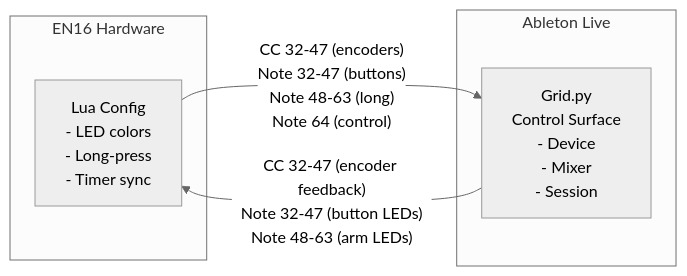
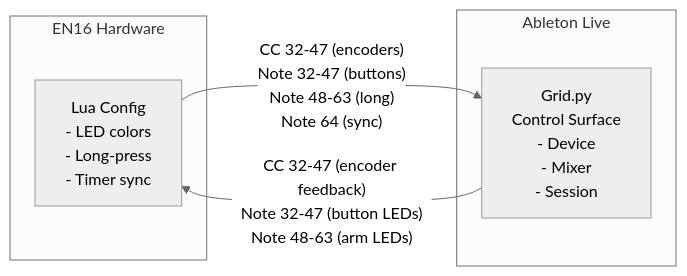
One commit to jamhed/intech-grid-en16 changed the diagram in docs/control-surface.md. Above: the diagram before and after it, drawn with Mermaid (neutral theme). The commit also changed other lines of this file and 2 other files, not shown here.

Commit message:
Rename Control Button to Sync Signal
Note 64 is a virtual sync signal sent by timer, not a physical button.

````diff
--- a/docs/control-surface.md
+++ b/docs/control-surface.md
@@ -473,13 +473,13 @@
 ```mermaid
 flowchart LR
     subgraph EN16["EN16 Hardware"]
         Lua["Lua Config<br/>- LED colors<br/>- Long-press<br/>- Timer sync"]
     end
 
     subgraph Ableton["Ableton Live"]
         Grid["Grid.py<br/>Control Surface<br/>- Device<br/>- Mixer<br/>- Session"]
     end
 
-    Lua -->|"CC 32-47 (encoders)<br/>Note 32-47 (buttons)<br/>Note 48-63 (long)<br/>Note 64 (control)"| Grid
+    Lua -->|"CC 32-47 (encoders)<br/>Note 32-47 (buttons)<br/>Note 48-63 (long)<br/>Note 64 (sync)"| Grid
     Grid -->|"CC 32-47 (encoder feedback)<br/>Note 32-47 (button LEDs)<br/>Note 48-63 (arm LEDs)"| Lua
 ```
````
